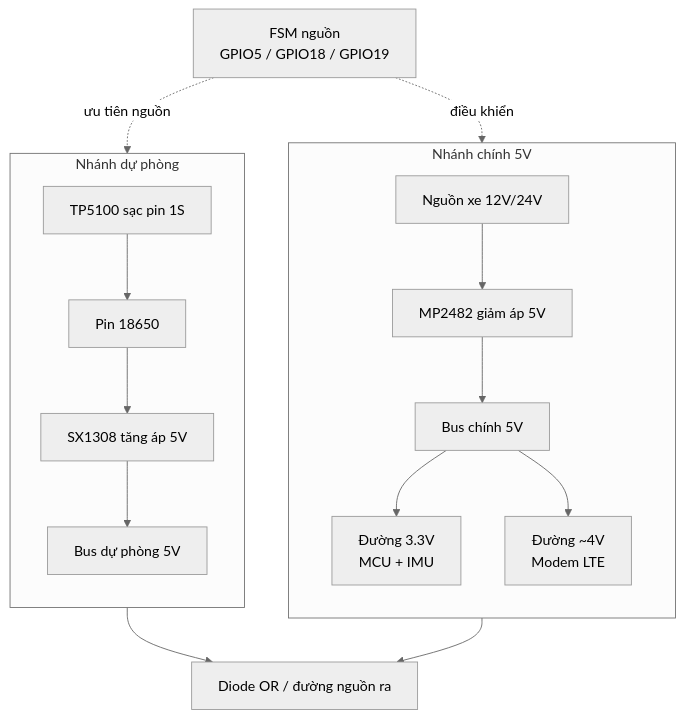
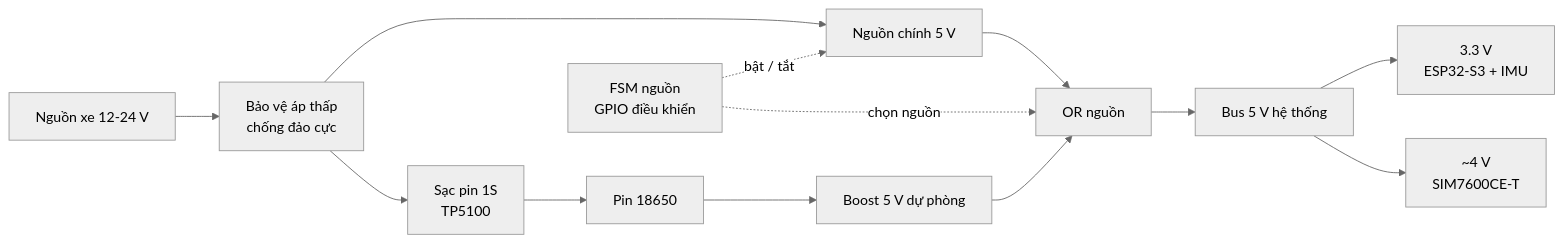
One commit to anmh1205/IoT_Vehicle_Tracking_System changed the diagram in resources/reports/thesis/final/assets/uml/03-chuong-3-giai-phap-phan-cung-hinh-3-4a.mmd. Above: the diagram before and after it, drawn with Mermaid (neutral theme). The commit also changed 784 other files, not shown here.

```diff
--- a/resources/reports/thesis/final/assets/uml/03-chuong-3-giai-phap-phan-cung-hinh-3-4a.mmd
+++ b/resources/reports/thesis/final/assets/uml/03-chuong-3-giai-phap-phan-cung-hinh-3-4a.mmd
@@ -1,30 +1,15 @@
-flowchart TB
-    Fsm["FSM nguồn<br/>GPIO5 / GPIO18 / GPIO19"]
+flowchart LR
+    Vin["Nguồn xe 12-24 V"] --> Protect["Bảo vệ áp thấp<br>chống đảo cực"]
+    Protect --> Main5["Nguồn chính 5 V"]
+    Protect --> Charger["Sạc pin 1S<br>TP5100"]
+    Charger --> Cell["Pin 18650"]
+    Cell --> Boost["Boost 5 V dự phòng"]
 
-    subgraph MainRail["Nhánh chính 5V"]
-        direction TB
-        Vin["Nguồn xe 12V/24V"]
-        Buck["MP2482 giảm áp 5V"]
-        MainBus["Bus chính 5V"]
-        Rail33["Đường 3.3V<br/>MCU + IMU"]
-        Rail4["Đường ~4V<br/>Modem LTE"]
-        Vin --> Buck --> MainBus
-        MainBus --> Rail33
-        MainBus --> Rail4
-    end
+    Main5 --> Or["OR nguồn"]
+    Boost --> Or
+    Or --> Bus["Bus 5 V hệ thống"]
+    Bus --> Rail33["3.3 V<br>ESP32-S3 + IMU"]
+    Bus --> Rail4["~4 V<br>SIM7600CE-T"]
 
-    subgraph BackupRail["Nhánh dự phòng"]
-        direction TB
-        Charge["TP5100 sạc pin 1S"]
-        Cell["Pin 18650"]
-        Boost["SX1308 tăng áp 5V"]
-        BackupBus["Bus dự phòng 5V"]
-        Charge --> Cell --> Boost --> BackupBus
-    end
-
-    Or["Diode OR / đường nguồn ra"]
-
-    Fsm -. điều khiển .-> Buck
-    Fsm -. ưu tiên nguồn .-> BackupBus
-    MainBus --> Or
-    BackupBus --> Or
+    Fsm["FSM nguồn<br>GPIO điều khiển"] -. bật / tắt .-> Main5
+    Fsm -. chọn nguồn .-> Or
```
